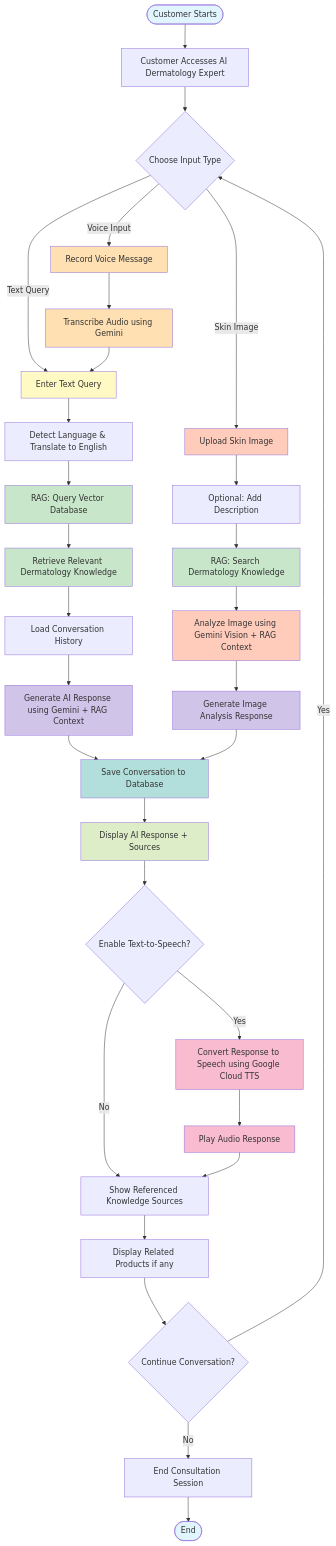
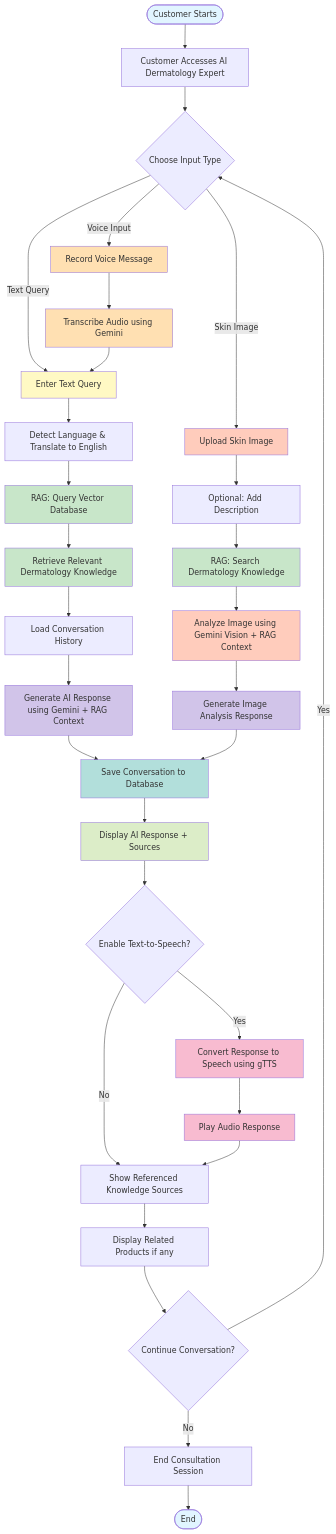
Before and after one commit to Truc4p/final-year-project: the sixth of 10 diagrams in report/SECTION_5_SYSTEM_DESIGN_ARCHITECTURE.md, drawn with Mermaid. The commit also changed other lines of this file and 16 other files, not shown here.

```diff
--- a/report/SECTION_5_SYSTEM_DESIGN_ARCHITECTURE.md
+++ b/report/SECTION_5_SYSTEM_DESIGN_ARCHITECTURE.md
@@ -817,7 +817,7 @@
     tts_option -->|Yes| convert_tts
     tts_option -->|No| show_sources
     
-    convert_tts[Convert Response to Speech using Google Cloud TTS]
+    convert_tts[Convert Response to Speech using gTTS]
     convert_tts --> play_audio
     play_audio[Play Audio Response]
     play_audio --> show_sources
```
